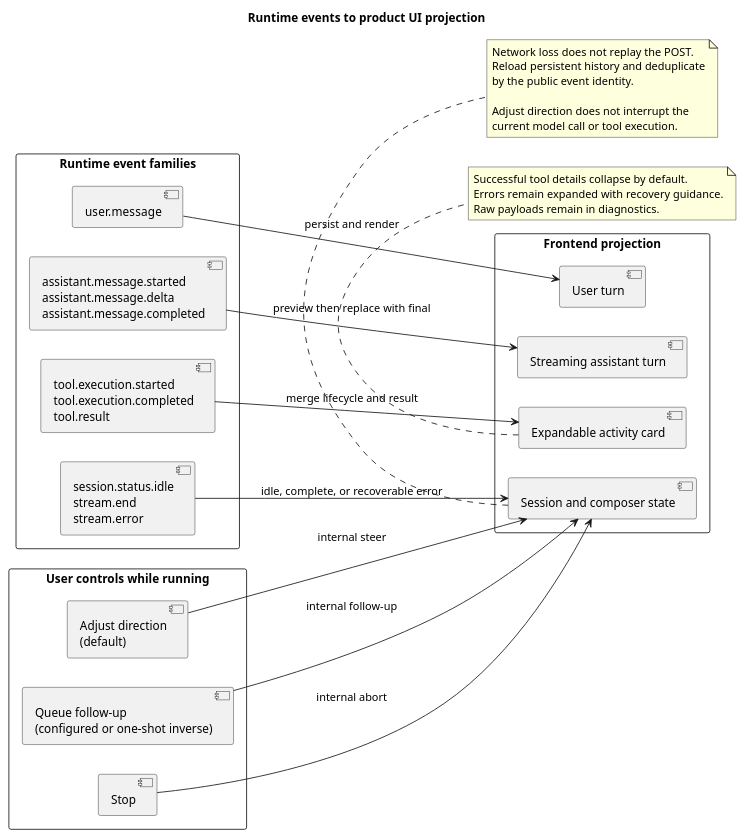
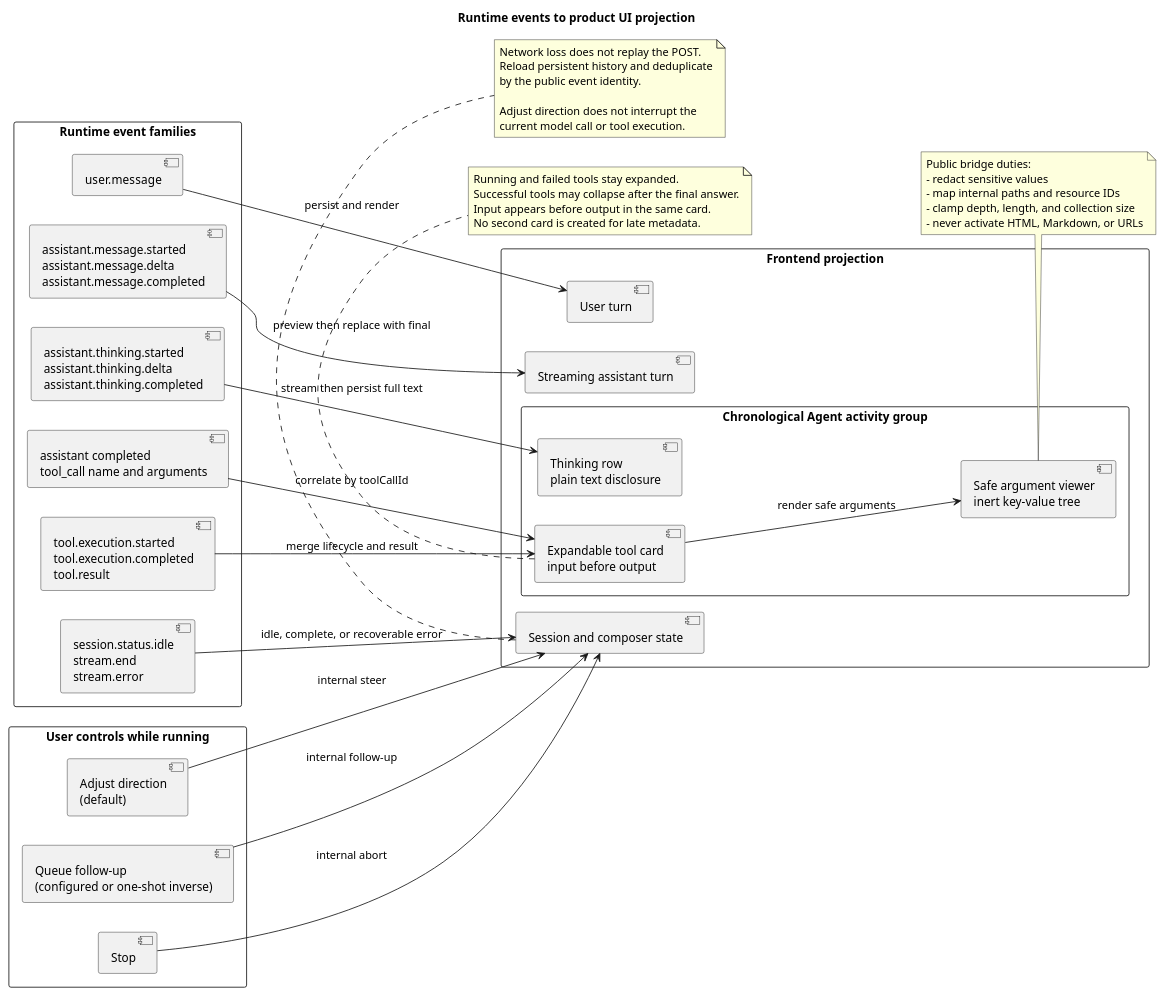
The third of 3 diagrams in campusclaw-frontend-design/diagram.puml (ssm0808/pi-mono-java-design), drawn with PlantUML before and after one commit. The commit also changed other lines of this file and 10 other files, not shown here.

Commit message:
docs(campusclaw): refine thinking and tool activity

```diff
--- a/campusclaw-frontend-design/diagram.puml
+++ b/campusclaw-frontend-design/diagram.puml
@@ -138,56 +138,79 @@
 @startuml runtime_event_ui_projection
-' Source evidence: modules/coding-agent-cli/src/main/java/com/campusclaw/codingagent/runtimeapi/event/RuntimeEventType.java (RuntimeEventType).
-' Source evidence: modules/coding-agent-cli/src/main/java/com/campusclaw/codingagent/runtimeapi/event/RuntimeEventProjector.java (projectMessageStart, projectMessageUpdate, projectToolStart, projectToolEnd).
-' Source evidence: modules/coding-agent-cli/src/main/java/com/campusclaw/codingagent/runtimeapi/event/RuntimeEntryCodec.java (toHistoryEvent, toSseData).
+' Source baseline: pi-mono-java bde123706305a41e51c9a47b22e6ad11bbd8204c.
+' Source evidence: frontend/src/components/ConversationTimeline.vue lines 37-65 (thinking disclosure and result-only activity card).
+' Source evidence: frontend/src/projectors/runtimeEventProjector.ts lines 40-90 and 112-145 (assistant, thinking, and result-only tool projection).
+' Source evidence: frontend/src/types/product.ts lines 22-37 (AssistantTurn and ActivityTurn without arguments).
+' Source evidence: modules/coding-agent-cli/src/main/java/com/campusclaw/codingagent/runtimeapi/event/RuntimeEventProjector.java lines 149-213 and 257-285.
+' Source evidence: modules/coding-agent-cli/src/main/java/com/campusclaw/codingagent/runtimeapi/event/RuntimeEntryCodec.java lines 67-88, 430-442, 512-517, and 557-601.
 ' Product-reference evidence: ChatGPT.app webview/assets/app-initial-BCLYDefw.js (followUpQueueMode, K9s) and webview/assets/zh-CN-ByRVSIXt.js.
-' Observed behavior: persistent entries and transient execution events share one request-scoped SSE response.
+' Observed behavior: thinking is attached to the assistant body; the frontend activity card shows result only; tool lifecycle events omit arguments, while assistant completed content preserves tool_call arguments.
+' Target-only design: a chronological activity group and safe argument viewer are not implemented at this baseline.
+' Security hardening: the public bridge redacts, maps, and budgets arguments before the browser renders inert structured text.
 ' Observed Codex behavior: desktop follow-up mode defaults to steer; a modifier submits one message with the inverse mode.
-' Design reason: the UI projects protocol events into stable conversation objects and uses one current follow-up mode instead of two persistent choices.
+' Design reason: correlate ToolCallSpec, lifecycle, and result by toolCallId so thinking context and real tool inputs stay readable without exposing raw protocol data.
 
 title Runtime events to product UI projection
 left to right direction
 
 rectangle "Runtime event families" as Events {
   component "user.message" as UserEvent
   component "assistant.message.started\nassistant.message.delta\nassistant.message.completed" as AssistantEvents
+  component "assistant.thinking.started\nassistant.thinking.delta\nassistant.thinking.completed" as ThinkingEvents
+  component "assistant completed\ntool_call name and arguments" as ToolSpec
   component "tool.execution.started\ntool.execution.completed\ntool.result" as ToolEvents
   component "session.status.idle\nstream.end\nstream.error" as TerminalEvents
 }
 
 rectangle "Frontend projection" as Projection {
   component "User turn" as UserTurn
   component "Streaming assistant turn" as AssistantTurn
-  component "Expandable activity card" as ActivityCard
+  rectangle "Chronological Agent activity group" as ActivityGroup {
+    component "Thinking row\nplain text disclosure" as ThinkingRow
+    component "Expandable tool card\ninput before output" as ActivityCard
+    component "Safe argument viewer\ninert key-value tree" as ArgumentViewer
+  }
   component "Session and composer state" as SessionState
 }
 
 rectangle "User controls while running" as Controls {
   component "Adjust direction\n(default)" as Adjust
   component "Queue follow-up\n(configured or one-shot inverse)" as Continue
   component "Stop" as Stop
 }
 
 UserEvent --> UserTurn : persist and render
 AssistantEvents --> AssistantTurn : preview then replace with final
+ThinkingEvents --> ThinkingRow : stream then persist full text
+ToolSpec --> ActivityCard : correlate by toolCallId
 ToolEvents --> ActivityCard : merge lifecycle and result
+ActivityCard --> ArgumentViewer : render safe arguments
 TerminalEvents --> SessionState : idle, complete, or recoverable error
 
 Adjust --> SessionState : internal steer
 Continue --> SessionState : internal follow-up
 Stop --> SessionState : internal abort
 
 note bottom of ActivityCard
-Successful tool details collapse by default.
-Errors remain expanded with recovery guidance.
-Raw payloads remain in diagnostics.
+Running and failed tools stay expanded.
+Successful tools may collapse after the final answer.
+Input appears before output in the same card.
+No second card is created for late metadata.
+end note
+
+note bottom of ArgumentViewer
+Public bridge duties:
+- redact sensitive values
+- map internal paths and resource IDs
+- clamp depth, length, and collection size
+- never activate HTML, Markdown, or URLs
 end note
 
 note bottom of SessionState
 Network loss does not replay the POST.
 Reload persistent history and deduplicate
 by the public event identity.
 
 Adjust direction does not interrupt the
 current model call or tool execution.
 end note
 @enduml
```
